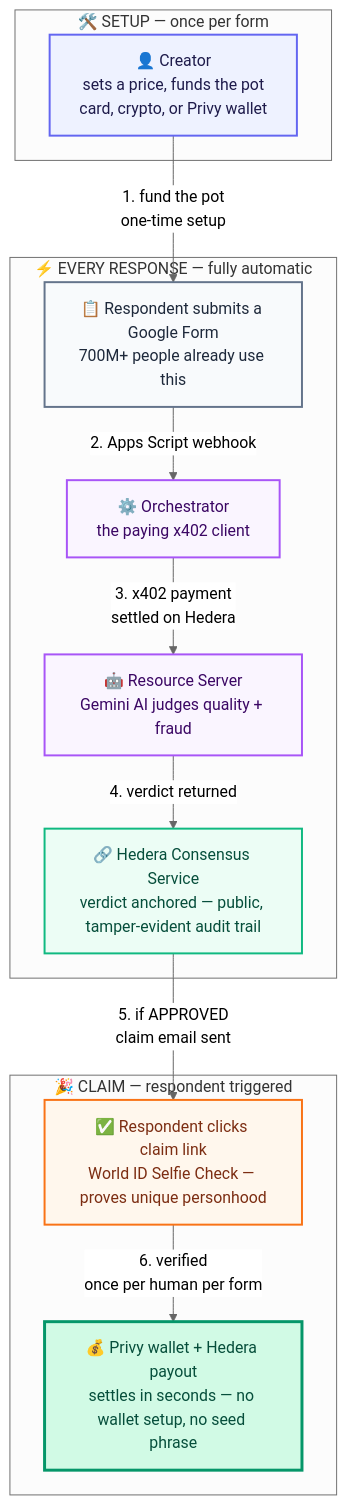
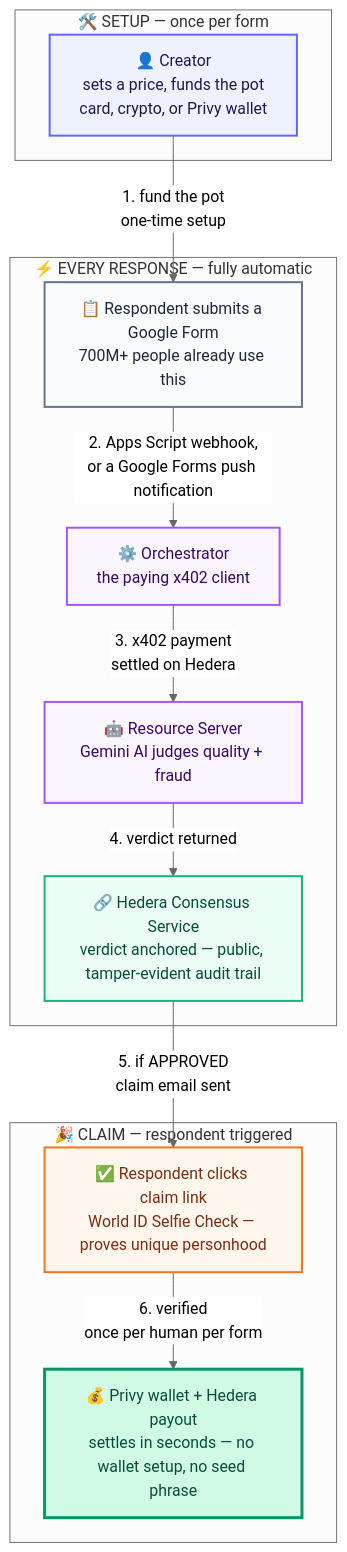
The diagram in README.md (xaviersharwin10/FormDrop), drawn with Mermaid (neutral theme) before and after one commit. The commit also changed other lines of this file, not shown here.

Commit message:
Update README for Google Forms push notifications and fix stale Gmail SMTP section

````diff
--- a/README.md
+++ b/README.md
@@ -80,39 +80,39 @@
 ```mermaid
 flowchart TD
     subgraph SETUP[" 🛠️ SETUP — once per form "]
         A["👤 Creator<br/>sets a price, funds the pot<br/>card, crypto, or Privy wallet"]
     end
 
     subgraph AUTOMATIC[" ⚡ EVERY RESPONSE — fully automatic "]
         B["📋 Respondent submits a Google Form<br/>700M+ people already use this"]
         C["⚙️ Orchestrator<br/>the paying x402 client"]
         D["🤖 Resource Server<br/>Gemini AI judges quality + fraud"]
         E["🔗 Hedera Consensus Service<br/>verdict anchored — public, tamper-evident audit trail"]
-        B -->|"2. Apps Script webhook"| C
+        B -->|"2. Apps Script webhook,<br/>or a Google Forms push notification"| C
         C -->|"3. x402 payment<br/>settled on Hedera"| D
         D -->|"4. verdict returned"| E
     end
 
     subgraph CLAIM[" 🎉 CLAIM — respondent triggered "]
         F["✅ Respondent clicks claim link<br/>World ID Selfie Check — proves unique personhood"]
         G["💰 Privy wallet + Hedera payout<br/>settles in seconds — no wallet setup, no seed phrase"]
         F -->|"6. verified<br/>once per human per form"| G
     end
 
     A -->|"1. fund the pot<br/>one-time setup"| B
     E -->|"5. if APPROVED<br/>claim email sent"| F
 
     classDef creator fill:#eef2ff,stroke:#6366f1,stroke-width:2px,color:#1e1b4b
     classDef form fill:#f8fafc,stroke:#64748b,stroke-width:2px,color:#1e293b
     classDef backend fill:#faf5ff,stroke:#a855f7,stroke-width:2px,color:#3b0764
     classDef hedera fill:#ecfdf5,stroke:#10b981,stroke-width:2px,color:#064e3b
     classDef claim fill:#fff7ed,stroke:#f97316,stroke-width:2px,color:#7c2d12
     classDef payout fill:#d1fae5,stroke:#059669,stroke-width:3px,color:#064e3b
 
     class A creator
     class B form
     class C,D backend
     class E hedera
     class F claim
     class G payout
 ```
````
